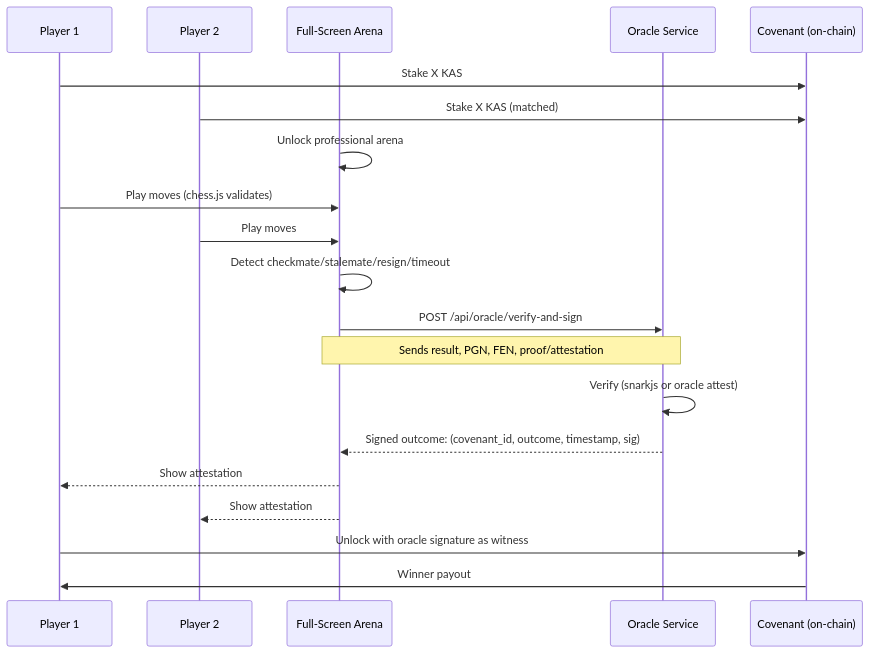
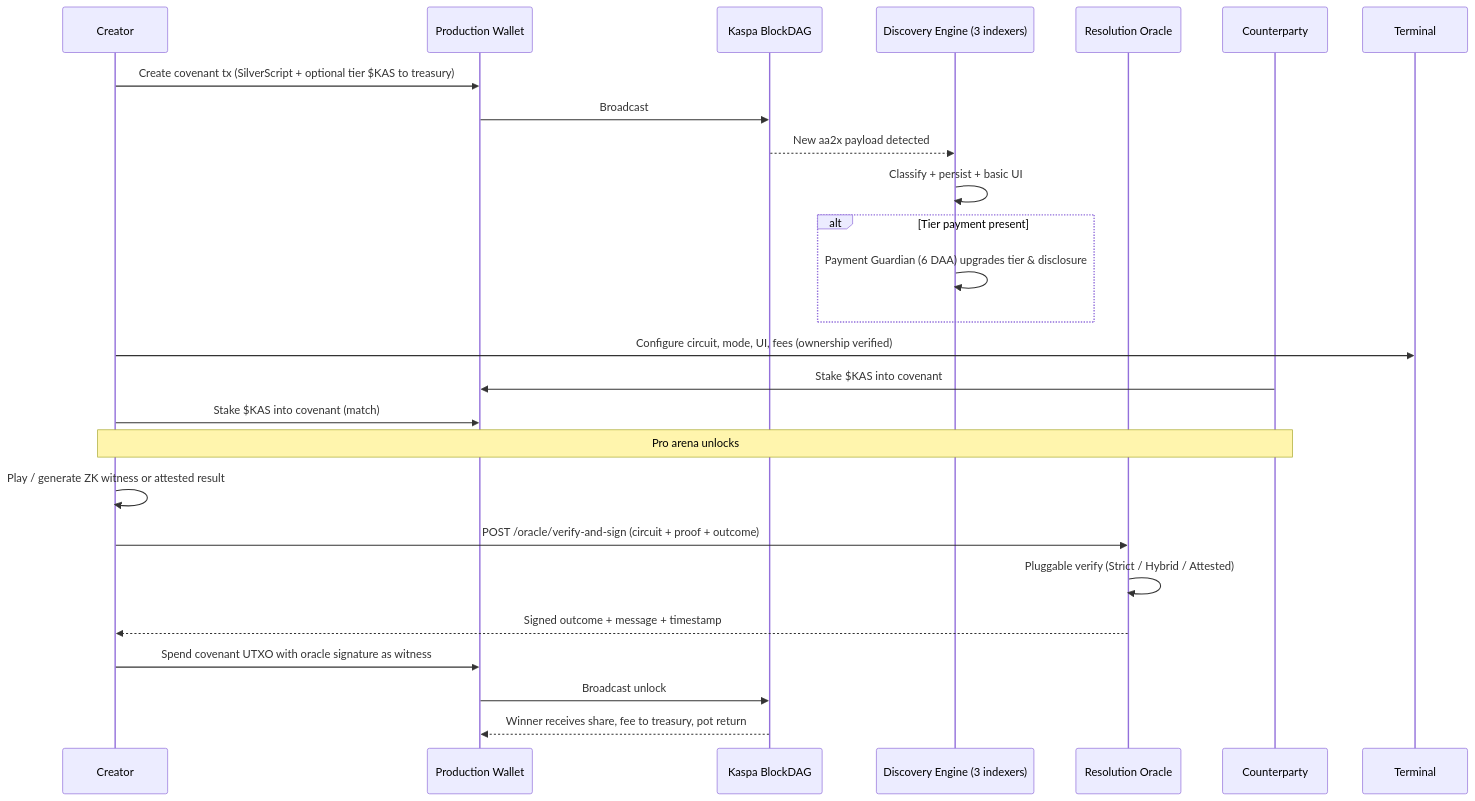
One commit to THTProtocol/Covex27 changed the fourth of 4 diagrams in README.md. Above: the diagram before and after it, drawn with Mermaid. The commit also changed other lines of this file, not shown here.

First line of the commit message:
docs: Complete production architecture README — full A-Z system, all indexers, ZK circuits & hybrid oracle model, visualizations

````diff
--- a/README.md
+++ b/README.md
@@ -275,23 +370,28 @@
 ```mermaid
 sequenceDiagram
-    participant P1 as Player 1
-    participant P2 as Player 2
-    participant UI as Full-Screen Arena
-    participant O as Oracle Service
-    participant C as Covenant (on-chain)
+    participant Creator
+    participant Wallet as Production Wallet
+    participant DAG as Kaspa BlockDAG
+    participant Disc as Discovery Engine (3 indexers)
+    participant Oracle as Resolution Oracle
+    participant Player as Counterparty
 
-    P1->>C: Stake X KAS
-    P2->>C: Stake X KAS (matched)
-    UI->>UI: Unlock professional arena
-    P1->>UI: Play moves (chess.js validates)
-    P2->>UI: Play moves
-    UI->>UI: Detect checkmate/stalemate/resign/timeout
-    UI->>O: POST /api/oracle/verify-and-sign
-    Note over UI,O: Sends result, PGN, FEN, proof/attestation
-    O->>O: Verify (snarkjs or oracle attest)
-    O-->>UI: Signed outcome: (covenant_id, outcome, timestamp, sig)
-    UI-->>P1: Show attestation
-    UI-->>P2: Show attestation
-    P1->>C: Unlock with oracle signature as witness
-    C->>P1: Winner payout
+    Creator->>Wallet: Create covenant tx (SilverScript + optional tier $KAS to treasury)
+    Wallet->>DAG: Broadcast
+    DAG-->>Disc: New aa2x payload detected
+    Disc->>Disc: Classify + persist + basic UI
+    alt Tier payment present
+        Disc->>Disc: Payment Guardian (6 DAA) upgrades tier & disclosure
+    end
+    Creator->>Terminal: Configure circuit, mode, UI, fees (ownership verified)
+    Player->>Wallet: Stake $KAS into covenant
+    Creator->>Wallet: Stake $KAS into covenant (match)
+    Note over Creator,Player: Pro arena unlocks
+    Creator->>Creator: Play / generate ZK witness or attested result
+    Creator->>Oracle: POST /oracle/verify-and-sign (circuit + proof + outcome)
+    Oracle->>Oracle: Pluggable verify (Strict / Hybrid / Attested)
+    Oracle-->>Creator: Signed outcome + message + timestamp
+    Creator->>Wallet: Spend covenant UTXO with oracle signature as witness
+    Wallet->>DAG: Broadcast unlock
+    DAG-->>Wallet: Winner receives share, fee to treasury, pot return
 ```
````
